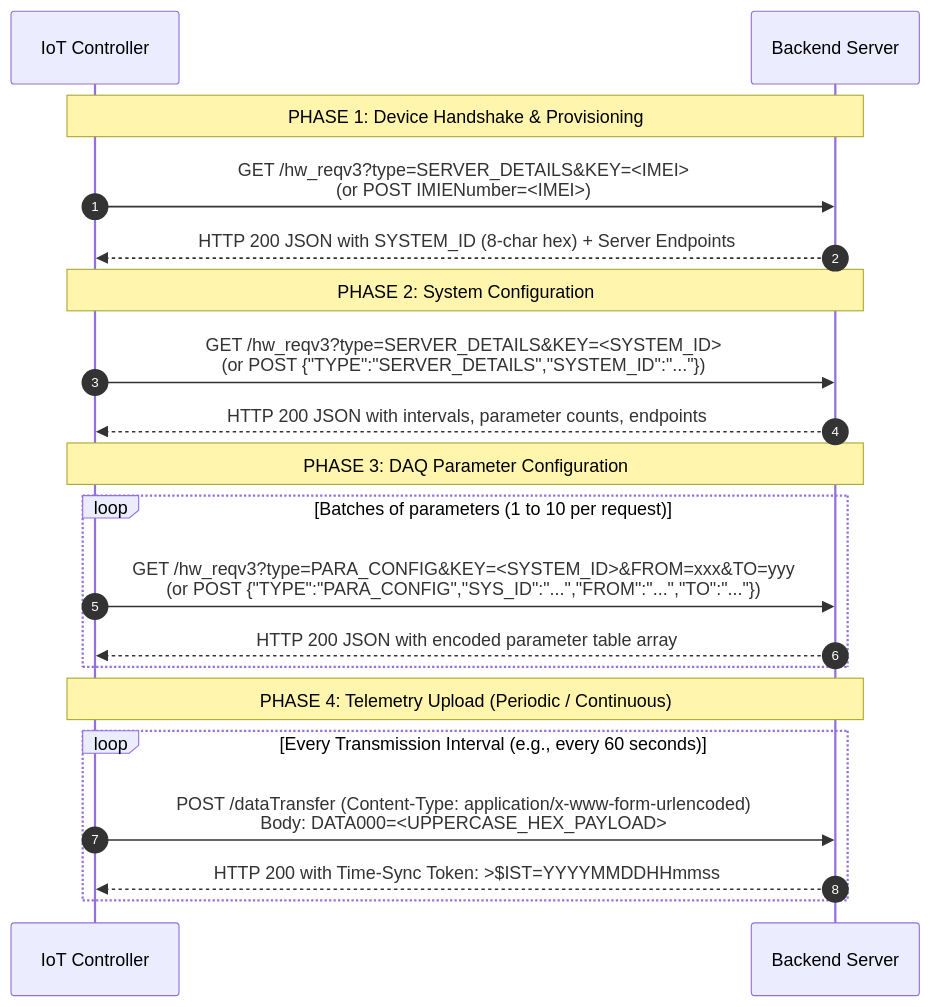
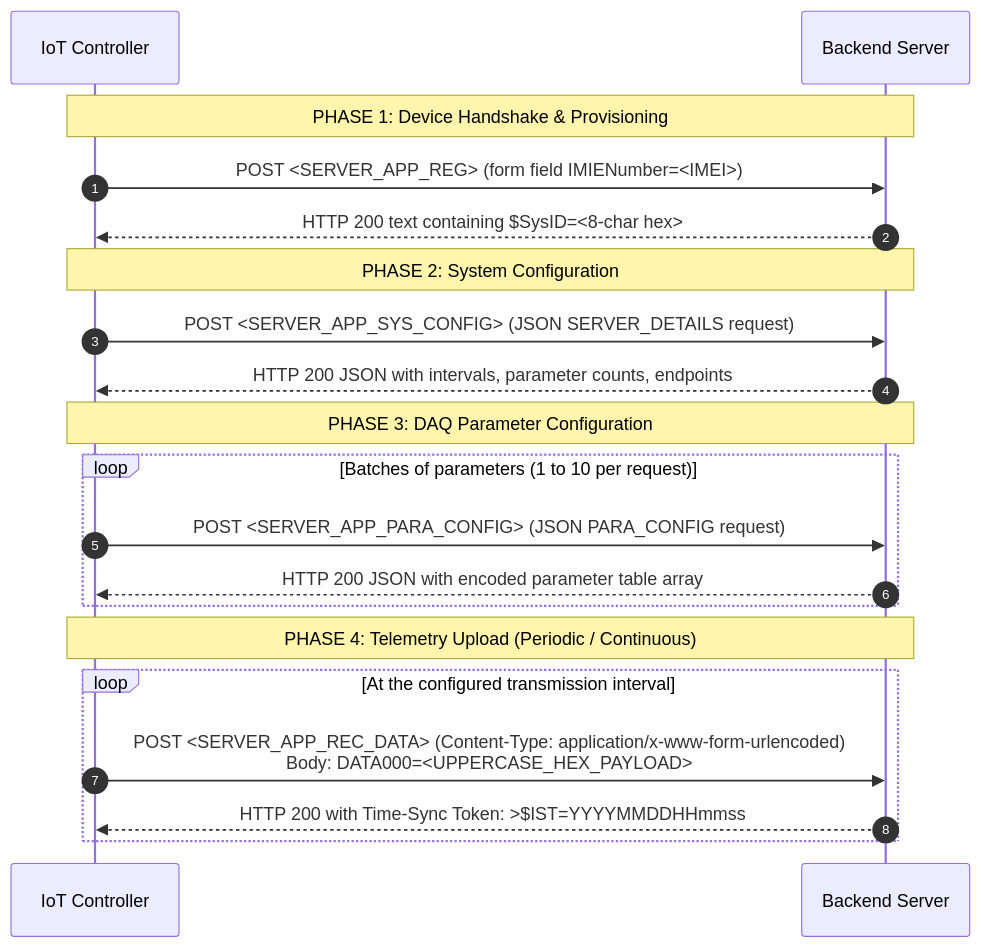
Before and after one commit to userdevil/IotController: the diagram in BACKEND_SERVER_IMPLEMENTATION_GUIDE.md, drawn with Mermaid. The commit also changed other lines of this file and 11 other files, not shown here.

````diff
--- a/BACKEND_SERVER_IMPLEMENTATION_GUIDE.md
+++ b/BACKEND_SERVER_IMPLEMENTATION_GUIDE.md
@@ -11,26 +11,26 @@
 ```mermaid
 sequenceDiagram
     autonumber
     participant D as IoT Controller
     participant S as Backend Server
 
     Note over D,S: PHASE 1: Device Handshake & Provisioning
-    D->>S: GET /hw_reqv3?type=SERVER_DETAILS&KEY=<IMEI><br/>(or POST IMIENumber=<IMEI>)
-    S-->>D: HTTP 200 JSON with SYSTEM_ID (8-char hex) + Server Endpoints
+    D->>S: POST <SERVER_APP_REG> (form field IMIENumber=<IMEI>)
+    S-->>D: HTTP 200 text containing $SysID=<8-char hex>#
 
     Note over D,S: PHASE 2: System Configuration
-    D->>S: GET /hw_reqv3?type=SERVER_DETAILS&KEY=<SYSTEM_ID><br/>(or POST {"TYPE":"SERVER_DETAILS","SYSTEM_ID":"..."})
+    D->>S: POST <SERVER_APP_SYS_CONFIG> (JSON SERVER_DETAILS request)
     S-->>D: HTTP 200 JSON with intervals, parameter counts, endpoints
 
     Note over D,S: PHASE 3: DAQ Parameter Configuration
     loop Batches of parameters (1 to 10 per request)
-        D->>S: GET /hw_reqv3?type=PARA_CONFIG&KEY=<SYSTEM_ID>&FROM=xxx&TO=yyy<br/>(or POST {"TYPE":"PARA_CONFIG","SYS_ID":"...","FROM":"...","TO":"..."})
+        D->>S: POST <SERVER_APP_PARA_CONFIG> (JSON PARA_CONFIG request)
         S-->>D: HTTP 200 JSON with encoded parameter table array
     end
 
     Note over D,S: PHASE 4: Telemetry Upload (Periodic / Continuous)
-    loop Every Transmission Interval (e.g., every 60 seconds)
-        D->>S: POST /dataTransfer (Content-Type: application/x-www-form-urlencoded)<br/>Body: DATA000=<UPPERCASE_HEX_PAYLOAD>
+    loop At the configured transmission interval
+        D->>S: POST <SERVER_APP_REC_DATA> (Content-Type: application/x-www-form-urlencoded)<br/>Body: DATA000=<UPPERCASE_HEX_PAYLOAD>
         S-->>D: HTTP 200 with Time-Sync Token: >$IST=YYYYMMDDHHmmss#
     end
 ```
````
